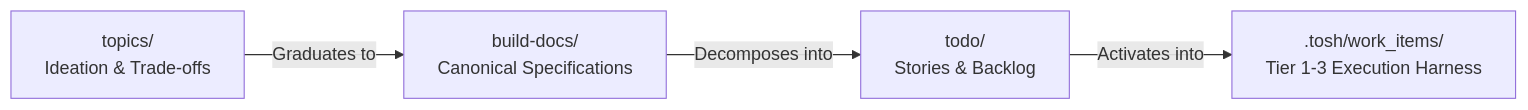
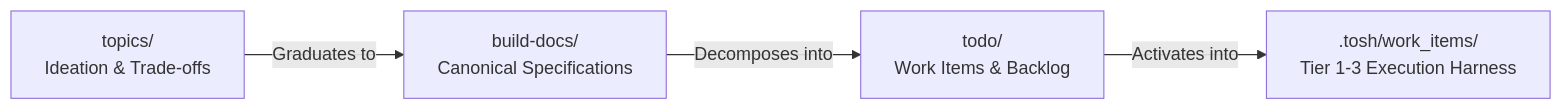
Before and after one commit to Equitable-Innovations/tosh: the first of 2 diagrams in todo/README.md, drawn with Mermaid. The commit also changed other lines of this file and 8 other files, not shown here.

````diff
--- a/todo/README.md
+++ b/todo/README.md
@@ -35,6 +35,6 @@
 ```mermaid
 flowchart LR
     A[topics/<br/>Ideation & Trade-offs] -->|Graduates to| B[build-docs/<br/>Canonical Specifications]
-    B -->|Decomposes into| C[todo/<br/>Stories & Backlog]
+    B -->|Decomposes into| C[todo/<br/>Work Items & Backlog]
     C -->|Activates into| D[.tosh/work_items/<br/>Tier 1-3 Execution Harness]
 ```
````
